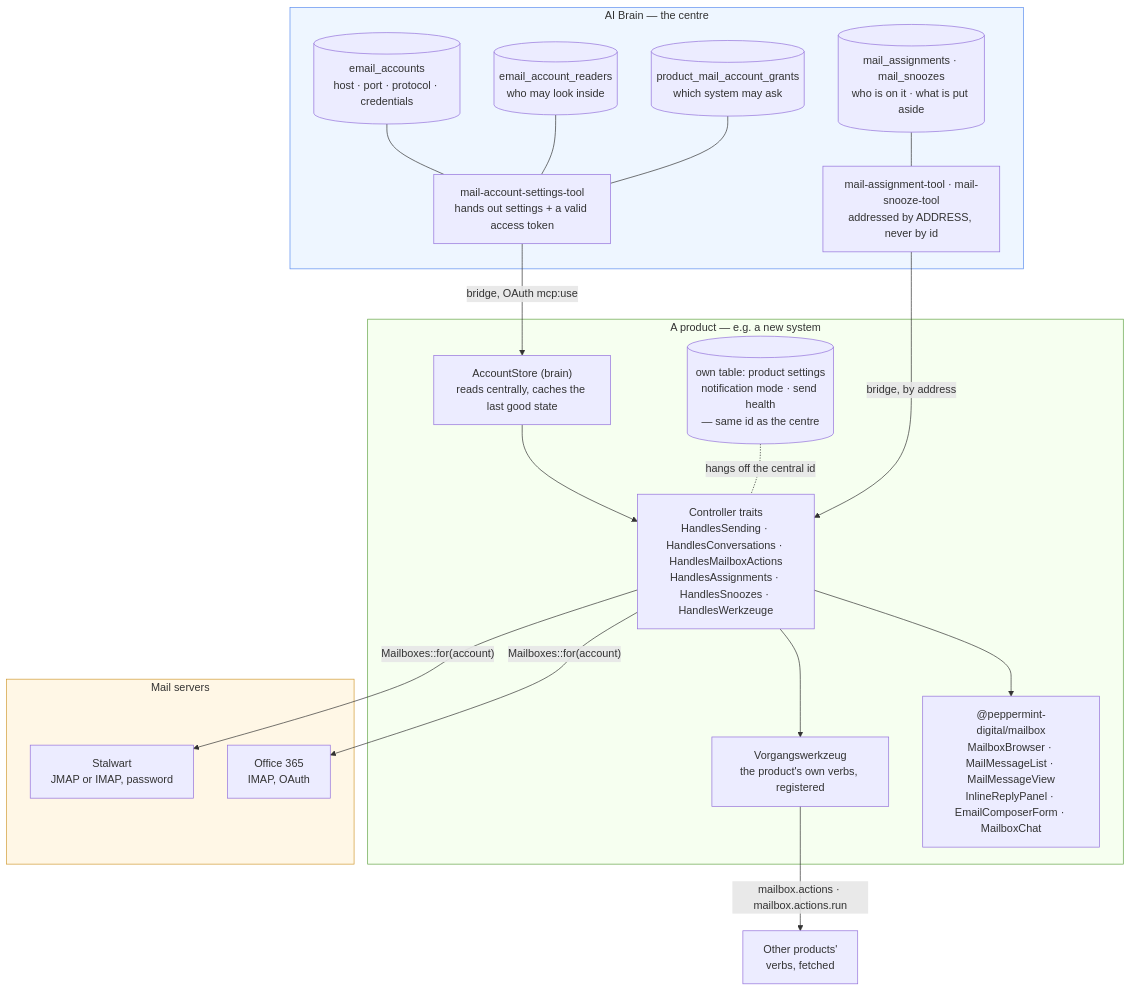
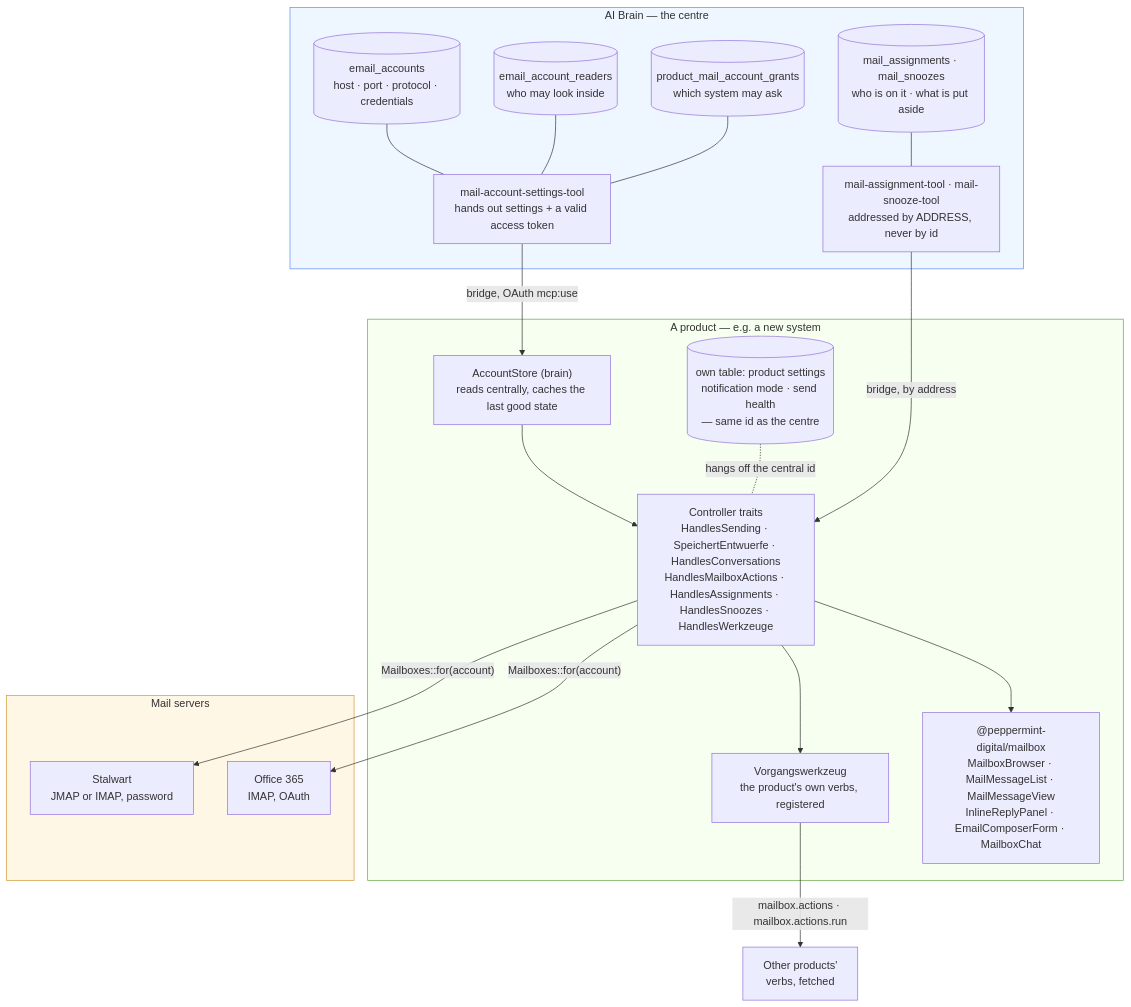
One commit to peppermint-digital/mailbox changed the diagram in docs/INTEGRATION.md. Above: the diagram before and after it, drawn with Mermaid. The commit also changed other lines of this file and 5 other files, not shown here.

First line of the commit message:
feat(entwuerfe): `SpeichertEntwuerfe` — drei Produkte konnten Entwuerfe oeffnen und keine anlegen (v0.198.0)

````diff
--- a/docs/INTEGRATION.md
+++ b/docs/INTEGRATION.md
@@ -12,42 +12,42 @@
 ```mermaid
 flowchart TB
     subgraph centre["AI Brain — the centre"]
         accounts[("email_accounts<br/>host · port · protocol · credentials")]
         readers[("email_account_readers<br/>who may look inside")]
         grants[("product_mail_account_grants<br/>which system may ask")]
         state[("mail_assignments · mail_snoozes<br/>who is on it · what is put aside")]
         tool["mail-account-settings-tool<br/>hands out settings + a valid access token"]
         statetool["mail-assignment-tool · mail-snooze-tool<br/>addressed by ADDRESS, never by id"]
         accounts --- tool
         readers --- tool
         grants --- tool
         state --- statetool
     end
 
     subgraph product["A product — e.g. a new system"]
         store["AccountStore (brain)<br/>reads centrally, caches the last good state"]
-        traits["Controller traits<br/>HandlesSending · HandlesConversations · HandlesMailboxActions<br/>HandlesAssignments · HandlesSnoozes · HandlesWerkzeuge"]
+        traits["Controller traits<br/>HandlesSending · SpeichertEntwuerfe · HandlesConversations<br/>HandlesMailboxActions · HandlesAssignments · HandlesSnoozes · HandlesWerkzeuge"]
         settings[("own table: product settings<br/>notification mode · send health<br/>— same id as the centre")]
         verbs["Vorgangswerkzeug<br/>the product's own verbs, registered"]
         traits --> verbs
         ui["@peppermint-digital/mailbox<br/>MailboxBrowser · MailMessageList · MailMessageView<br/>InlineReplyPanel · EmailComposerForm · MailboxChat"]
         store --> traits
         traits --> ui
         settings -. "hangs off the central id" .- traits
     end
 
     subgraph servers["Mail servers"]
         stalwart["Stalwart<br/>JMAP or IMAP, password"]
         o365["Office 365<br/>IMAP, OAuth"]
     end
 
     tool -->|"bridge, OAuth mcp:use"| store
     statetool -->|"bridge, by address"| traits
     verbs -->|"mailbox.actions · mailbox.actions.run"| other["Other products'<br/>verbs, fetched"]
     traits -->|"Mailboxes::for(account)"| stalwart
     traits -->|"Mailboxes::for(account)"| o365
 
     style centre fill:#eef6ff,stroke:#5b8def
     style product fill:#f6fff0,stroke:#64a447
     style servers fill:#fff7e6,stroke:#d19a33
 ```
````
